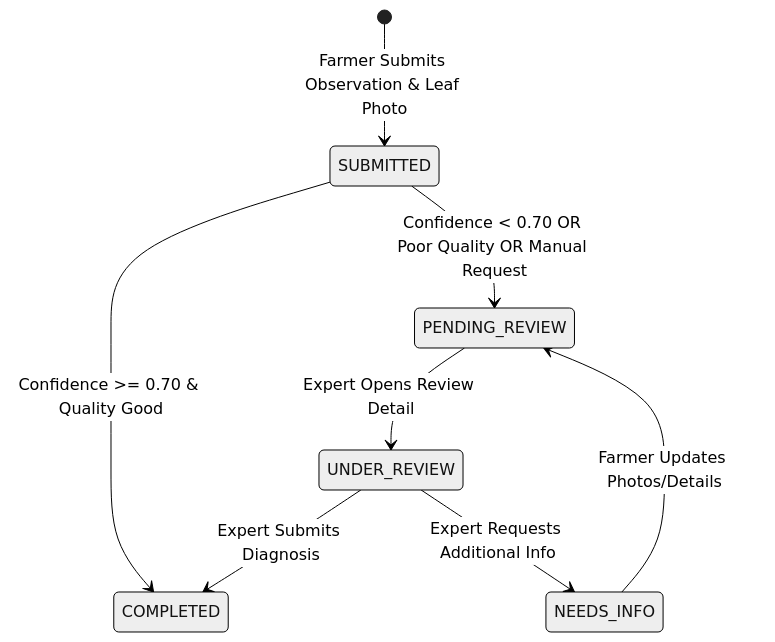
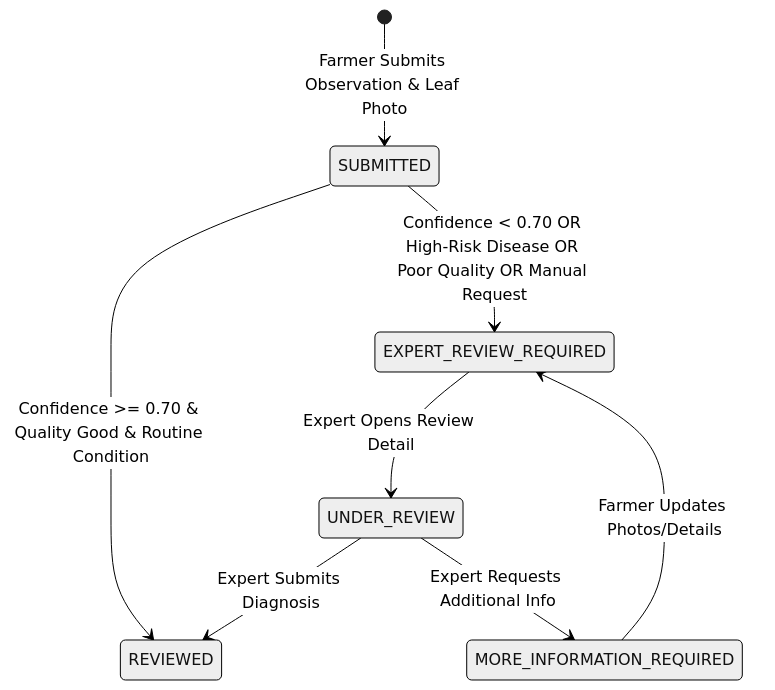
Before and after one commit to Dhinesh-1807/HortiSentry-AI: the second of 2 diagrams in docs/architecture.md, drawn with Mermaid (neutral theme). The commit also changed other lines of this file and 19 other files, not shown here.

````diff
--- a/docs/architecture.md
+++ b/docs/architecture.md
@@ -79,10 +83,10 @@
 ```mermaid
 stateDiagram-v2
     [*] --> SUBMITTED : Farmer Submits Observation & Leaf Photo
-    SUBMITTED --> COMPLETED : Confidence >= 0.70 & Quality Good
-    SUBMITTED --> PENDING_REVIEW : Confidence < 0.70 OR Poor Quality OR Manual Request
-    PENDING_REVIEW --> UNDER_REVIEW : Expert Opens Review Detail
-    UNDER_REVIEW --> COMPLETED : Expert Submits Diagnosis
-    UNDER_REVIEW --> NEEDS_INFO : Expert Requests Additional Info
-    NEEDS_INFO --> PENDING_REVIEW : Farmer Updates Photos/Details
+    SUBMITTED --> REVIEWED : Confidence >= 0.70 & Quality Good & Routine Condition
+    SUBMITTED --> EXPERT_REVIEW_REQUIRED : Confidence < 0.70 OR High-Risk Disease OR Poor Quality OR Manual Request
+    EXPERT_REVIEW_REQUIRED --> UNDER_REVIEW : Expert Opens Review Detail
+    UNDER_REVIEW --> REVIEWED : Expert Submits Diagnosis
+    UNDER_REVIEW --> MORE_INFORMATION_REQUIRED : Expert Requests Additional Info
+    MORE_INFORMATION_REQUIRED --> EXPERT_REVIEW_REQUIRED : Farmer Updates Photos/Details
 ```
````
